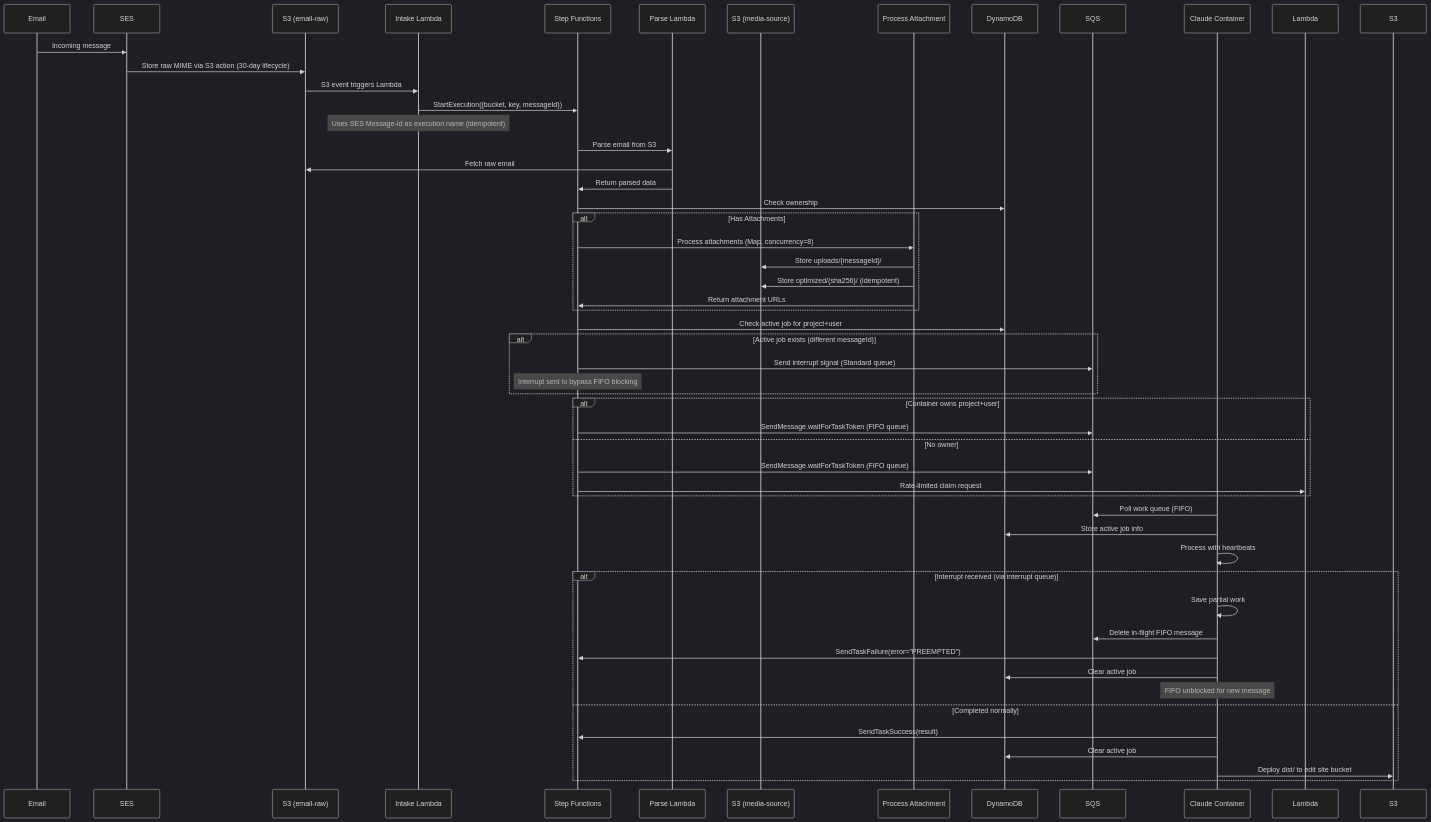
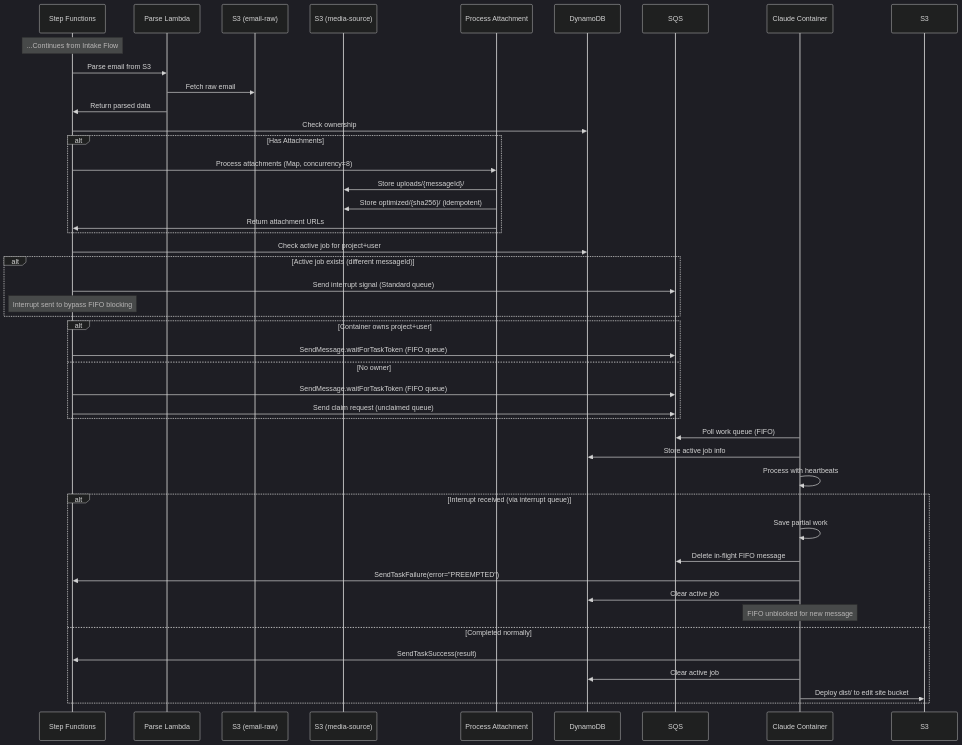
One commit to jscotthorn/webordinary changed the second of 2 diagrams in refactor_authority/REFACTOR_PROPOSAL.md. Above: the diagram before and after it, drawn with Mermaid (dark theme). The commit also changed 27 other files, not shown here.

Commit message:
Refactor claude container for SF flow. Debugging of e2e.

````diff
--- a/refactor_authority/REFACTOR_PROPOSAL.md
+++ b/refactor_authority/REFACTOR_PROPOSAL.md
@@ -47,63 +65,55 @@
 ```mermaid
 sequenceDiagram
-    participant Email
-    participant SES
-    participant S3Raw as S3 (email-raw)
-    participant Intake as Intake Lambda
     participant SF as Step Functions
     participant Parse as Parse Lambda
+    participant S3Raw as S3 (email-raw)
     participant S3Media as S3 (media-source)
     participant Process as Process Attachment
     participant DDB as DynamoDB
     participant SQS
     participant Container as Claude Container
     
-    Email->>SES: Incoming message
-    SES->>S3Raw: Store raw MIME via S3 action (30-day lifecycle)
-    S3Raw->>Intake: S3 event triggers Lambda
-    Intake->>SF: StartExecution({bucket, key, messageId})
-    Note over Intake: Uses SES Message-Id as execution name (idempotent)
-    
+    Note over SF: ...Continues from Intake Flow
     SF->>Parse: Parse email from S3
     Parse->>S3Raw: Fetch raw email
     Parse->>SF: Return parsed data
     
     SF->>DDB: Check ownership
     
     alt Has Attachments
         SF->>Process: Process attachments (Map, concurrency=8)
         Process->>S3Media: Store uploads/{messageId}/
         Process->>S3Media: Store optimized/{sha256}/ (idempotent)
         Process->>SF: Return attachment URLs
     end
     
     SF->>DDB: Check active job for project+user
     
     alt Active job exists (different messageId)
         SF->>SQS: Send interrupt signal (Standard queue)
         Note over SF: Interrupt sent to bypass FIFO blocking
     end
     
     alt Container owns project+user
         SF->>SQS: SendMessage.waitForTaskToken (FIFO queue)
     else No owner
         SF->>SQS: SendMessage.waitForTaskToken (FIFO queue)
-        SF->>Lambda: Rate-limited claim request
+        SF->>SQS: Send claim request (unclaimed queue)
     end
     
     Container->>SQS: Poll work queue (FIFO)
     Container->>DDB: Store active job info
     Container->>Container: Process with heartbeats
     
     alt Interrupt received (via interrupt queue)
         Container->>Container: Save partial work
         Container->>SQS: Delete in-flight FIFO message
         Container->>SF: SendTaskFailure(error="PREEMPTED")
         Container->>DDB: Clear active job
         Note over Container: FIFO unblocked for new message
     else Completed normally
         Container->>SF: SendTaskSuccess(result)
         Container->>DDB: Clear active job
         Container->>S3: Deploy dist/ to edit site bucket
     end
 ```
````
